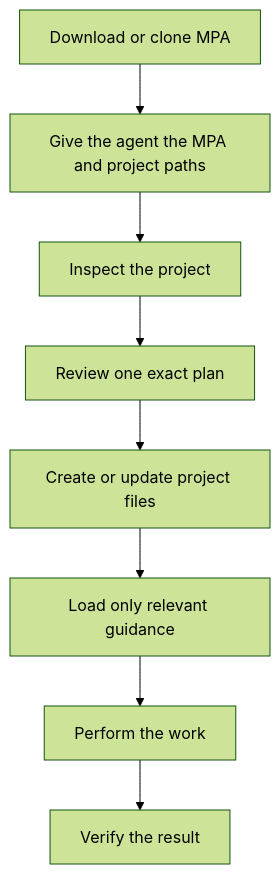
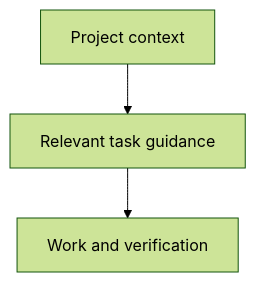
One commit to laurenzpavlosmalisianos/master-prompt-agreement changed the diagram in README.md. Above: the diagram before and after it, drawn with Mermaid (forest theme). The commit also changed other lines of this file and 30 other files, not shown here.

First line of the commit message:
refactor!: streamline context loading and project documentation

````diff
--- a/README.md
+++ b/README.md
@@ -82,10 +58,5 @@
 ```mermaid
 flowchart TB
-  A["Download or clone MPA"] --> B["Give the agent the MPA and project paths"]
-  B --> C["Inspect the project"]
-  C --> D["Review one exact plan"]
-  D --> E["Create or update project files"]
-  E --> F["Load only relevant guidance"]
-  F --> G["Perform the work"]
-  G --> H["Verify the result"]
+  A["Project context"] --> B["Relevant task guidance"]
+  B --> C["Work and verification"]
 ```
````
